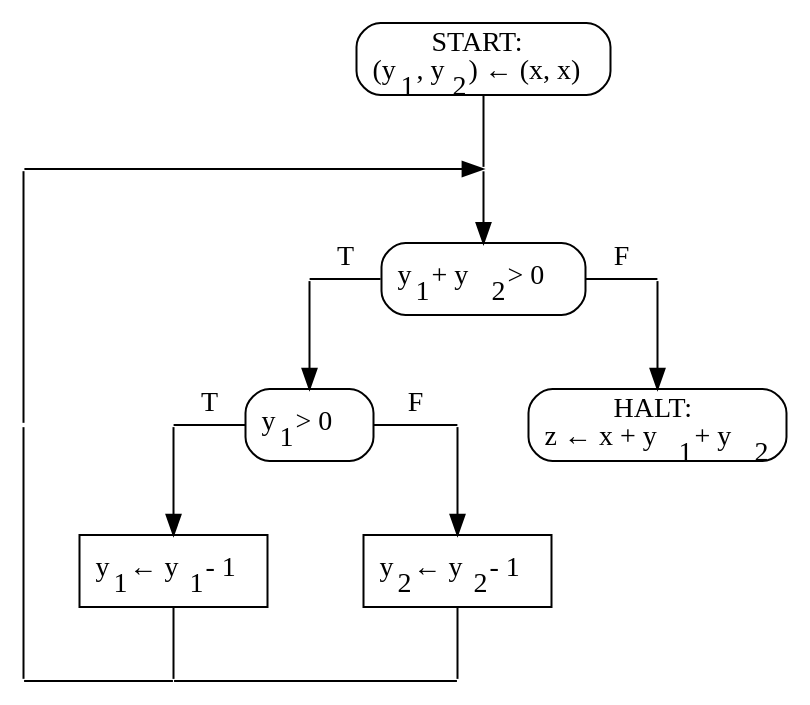
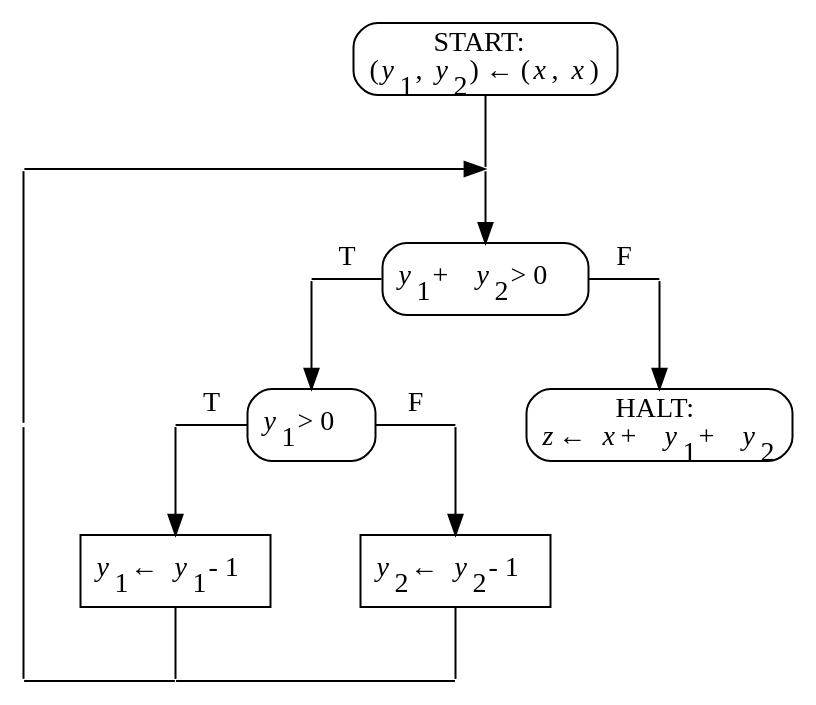
One commit to kornevgen/mfsp changed the diagram in exercises/x3_fig2.dot. Above: the diagram before and after it, drawn with Graphviz. The commit also changed 11 other files, not shown here.

```diff
--- a/exercises/x3_fig2.dot
+++ b/exercises/x3_fig2.dot
@@ -1,32 +1,32 @@
 digraph G{
 /* nodes by levels */
 node[shape=rectangle];
-START[style=rounded, label=<START:<br/>(y<sub>1</sub>, y<sub>2</sub>) &larr; (x, x)>];
-TEST1[style=rounded, label=<y<sub>1</sub> + y<sub>2</sub> &gt; 0>];
-TEST2[style=rounded, label=<y<sub>1</sub> &gt; 0>];
-ASSIGN1[label=<y<sub>2</sub> &larr; y<sub>2</sub> - 1>];
-ASSIGN2[label=<y<sub>1</sub> &larr; y<sub>1</sub> - 1>];
-HALT[style=rounded, label=<HALT:<br/>z &larr; x + y<sub>1</sub> + y<sub>2</sub>>];
+START[style=rounded, label=<START:<br/>(<i>y</i><sub>1</sub>, <i>y</i><sub>2</sub>) &larr; (<i>x</i>, <i>x</i>)>];
+TEST1[style=rounded, label=<<i>y</i><sub>1</sub> + <i>y</i><sub>2</sub> &gt; 0>];
+TEST2[style=rounded, label=<<i>y</i><sub>1</sub> &gt; 0>];
+ASSIGN1[label=<<i>y</i><sub>2</sub> &larr; <i>y</i><sub>2</sub> - 1>];
+ASSIGN2[label=<<i>y</i><sub>1</sub> &larr; <i>y</i><sub>1</sub> - 1>];
+HALT[style=rounded, label=<HALT:<br/><i>z</i> &larr; <i>x</i> + <i>y</i><sub>1</sub> + <i>y</i><sub>2</sub>>];
 
 /* edges */
 node [shape=point, width=0];
 START -> p2 [weight=8, arrowhead=none]; p2 -> TEST1 [weight=8];
 {rank = same; p1 -> p2; }
 p1 -> p10 [weight=8, arrowhead=none];
 {rank = same; p3 -> TEST1 [label="T", arrowhead=none]; TEST1 -> p4 [label="F", arrowhead=none]; }
 p3 -> TEST2 [weight=8];
 p4 -> HALT [weight=8];
 
 p10 -> p5 [weight=8, style="invis"];
 p5 -> TEST2 [label="T", arrowhead=none];
 TEST2 -> p6 [label="F", arrowhead=none];
 p6 -> HALT [weight=8, style="invis"];
 {rank = same; p10; p5; TEST2; p6; HALT; }
 p5 -> ASSIGN2 [weight=12];
 p6 -> ASSIGN1 [weight=8];
 p10 -> p7 [weight=10, arrowhead=none];
 {rank=same; ASSIGN2; ASSIGN1; }
 ASSIGN2 -> p8 [weight=8, arrowhead=none];
 ASSIGN1 -> p9 [weight=8, arrowhead=none];
 { rank=same; p7 -> p8 [arrowhead=none]; p8 -> p9 [arrowhead=none]; }
 }
```
